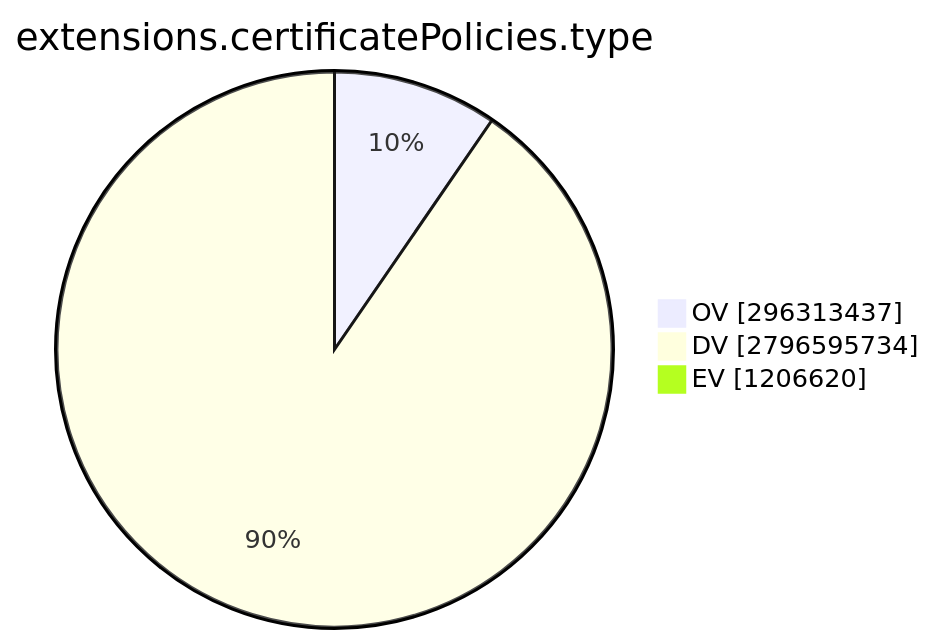
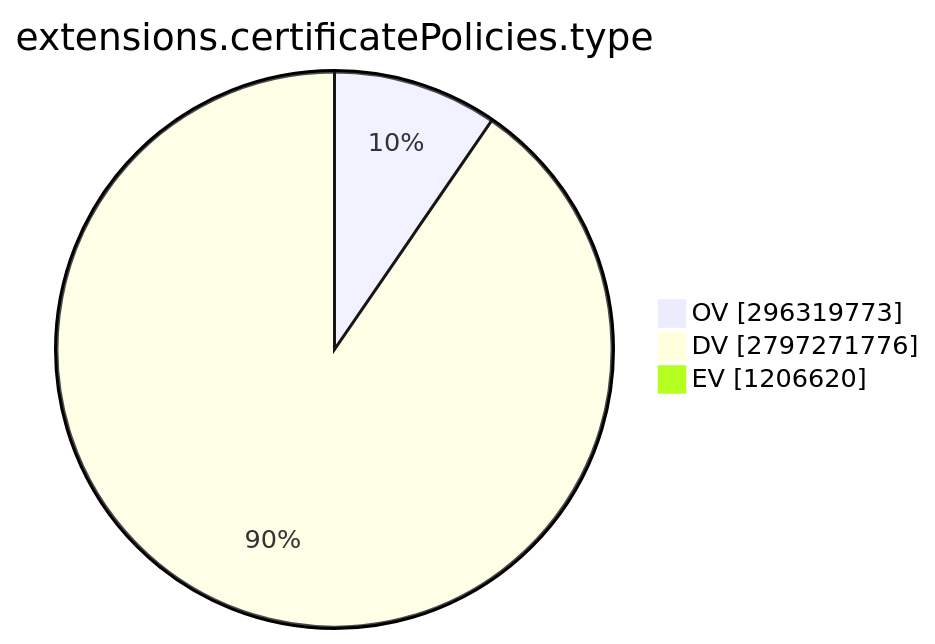
The ninth of 15 diagrams in TOTAL/README.md (christiankrug/ctmonitor_visualization), drawn with Mermaid before and after one commit. The commit also changed other lines of this file, not shown here.

````diff
--- a/TOTAL/README.md
+++ b/TOTAL/README.md
@@ -3099,7 +3099,7 @@
 ```mermaid
 pie showData
 title extensions.certificatePolicies.type
-"OV" :296313437
-"DV" :2796595734
+"OV" :296319773
+"DV" :2797271776
 "EV" :1206620
 ```
````
